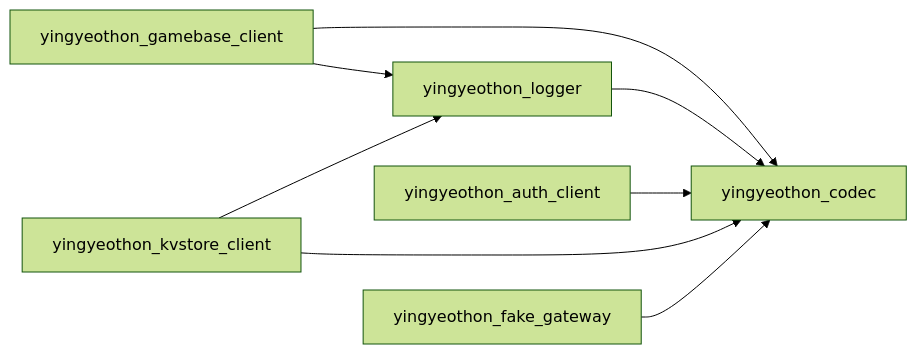
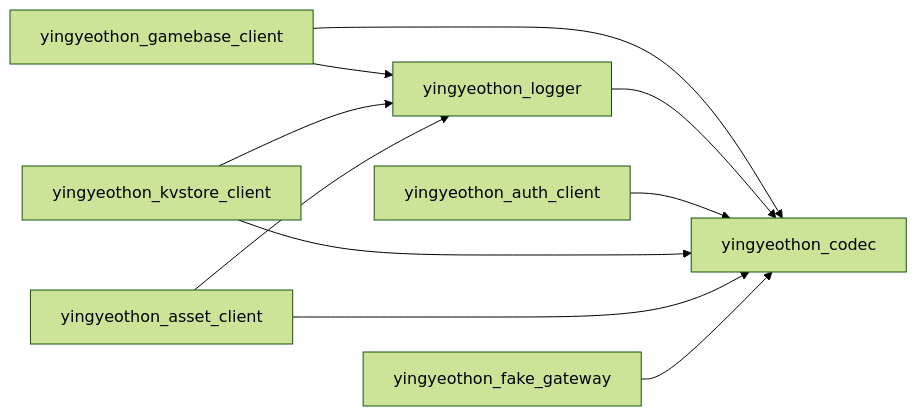
The diagram in README.md (yingyeothon/flutterlib), drawn with Mermaid (forest theme) before and after one commit. The commit also changed other lines of this file and 26 other files, not shown here.

````diff
--- a/README.md
+++ b/README.md
@@ -60,10 +62,12 @@
 ```mermaid
 graph LR
   yingyeothon_gamebase_client --> yingyeothon_codec
   yingyeothon_gamebase_client --> yingyeothon_logger
   yingyeothon_logger --> yingyeothon_codec
   yingyeothon_auth_client --> yingyeothon_codec
   yingyeothon_kvstore_client --> yingyeothon_codec
   yingyeothon_kvstore_client --> yingyeothon_logger
+  yingyeothon_asset_client --> yingyeothon_codec
+  yingyeothon_asset_client --> yingyeothon_logger
   yingyeothon_fake_gateway --> yingyeothon_codec
 ```
````
